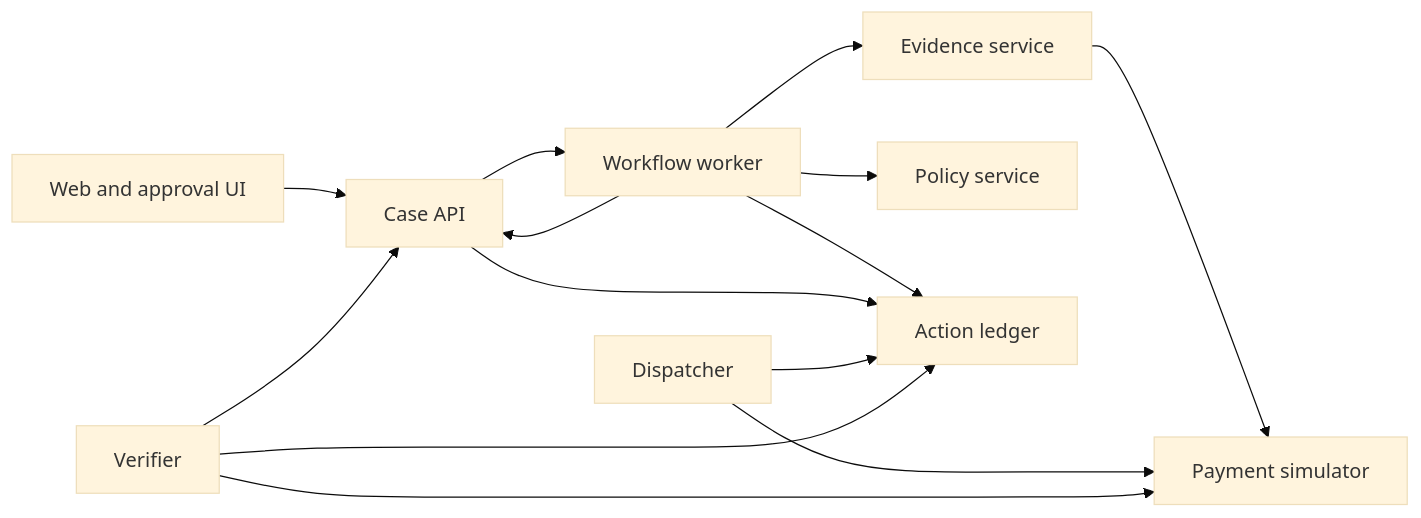
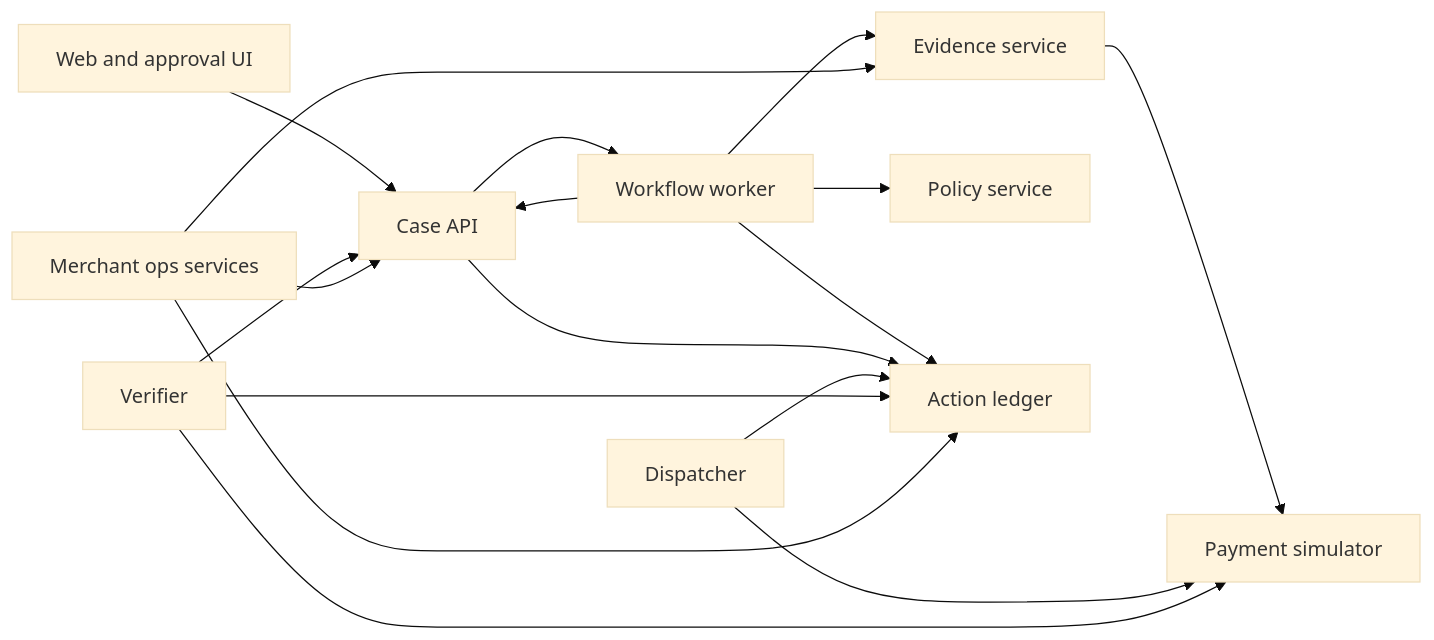
Before and after one commit to Dijo-404/sentinel: the diagram in docs/architecture.md, drawn with Mermaid (base theme). The commit also changed other lines of this file and 85 other files, not shown here.

````diff
--- a/docs/architecture.md
+++ b/docs/architecture.md
@@ -42,16 +42,19 @@
 ```mermaid
 flowchart LR
     UI[Web and approval UI] --> API[Case API]
     API --> W[Workflow worker]
     W --> E[Evidence service]
     E --> P[Payment simulator]
     W --> R[Policy service]
     W --> L[Action ledger]
     API --> L
     D[Dispatcher] --> L
     D --> P
     V[Verifier] --> P
     V --> L
     W --> API
     V --> API
+    M[Merchant ops services] --> API
+    M --> E
+    M --> L
 ```
````
